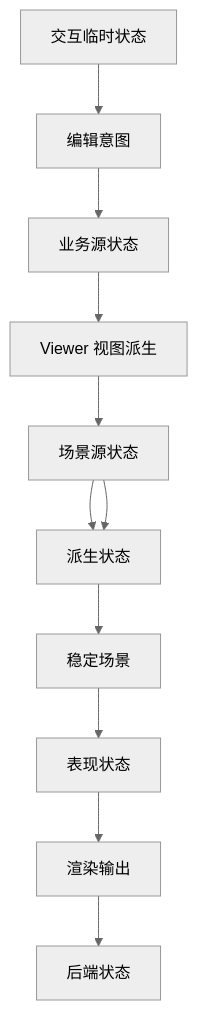
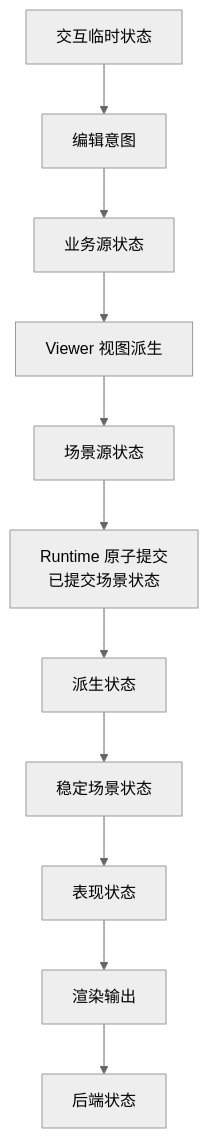
Before and after one commit to yezhang/novadraw: the second of 4 diagrams in engine/wasm_rust/novadraw/book/internals/src/01-graphical-framework.md, drawn with Mermaid (neutral theme). The commit also changed other lines of this file and 26 other files, not shown here.

````diff
--- a/engine/wasm_rust/novadraw/book/internals/src/01-graphical-framework.md
+++ b/engine/wasm_rust/novadraw/book/internals/src/01-graphical-framework.md
@@ -207,13 +208,13 @@
 ```mermaid
 flowchart TD
     Business[业务源状态] --> View[Viewer 视图派生]
-    Scene[场景源状态] --> Derived[派生状态]
     View --> Scene
+    Scene[场景源状态] --> Committed[Runtime 原子提交<br/>已提交场景状态]
+    Committed --> Derived[派生状态]
     Session[交互临时状态] --> Intent[编辑意图]
     Intent --> Business
-    Scene --> Derived
-    Derived --> Stable[稳定场景]
+    Derived --> Stable[稳定场景状态]
     Stable --> Presentation[表现状态]
     Presentation --> Output[渲染输出]
     Output --> Backend[后端状态]
 ```
````
